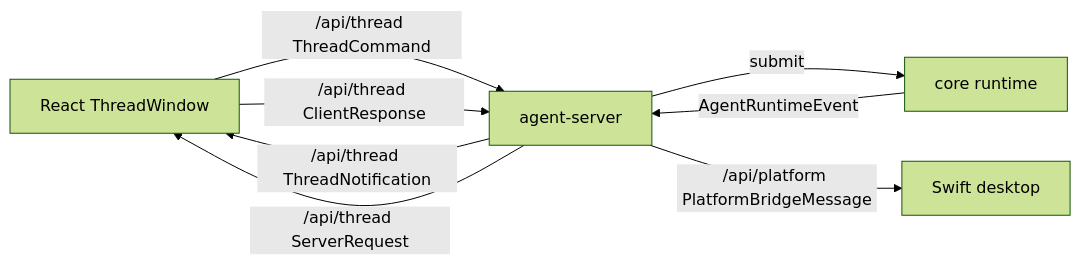
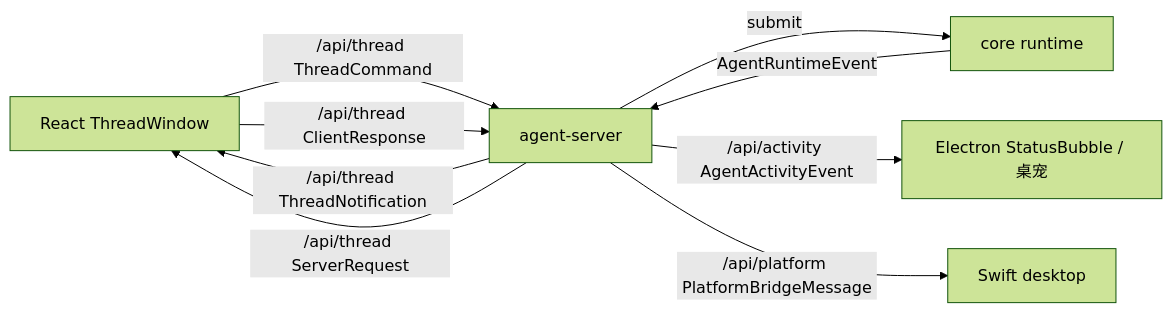
The diagram in packages/core/src/protocol/protocol.md (Lixuhang987/SpotAgent), drawn with Mermaid (forest theme) before and after one commit. The commit also changed other lines of this file and 3 other files, not shown here.

Commit message:
feat: add agent activity protocol

````diff
--- a/packages/core/src/protocol/protocol.md
+++ b/packages/core/src/protocol/protocol.md
@@ -22,10 +24,11 @@
 ```mermaid
 flowchart LR
   A[React ThreadWindow] -->|/api/thread ThreadCommand| B[agent-server]
   B -->|submit| C[core runtime]
   C -->|AgentRuntimeEvent| B
   B -->|/api/thread ThreadNotification| A
   B -->|/api/thread ServerRequest| A
   A -->|/api/thread ClientResponse| B
+  B -->|/api/activity AgentActivityEvent| E[Electron StatusBubble / 桌宠]
   B -->|/api/platform PlatformBridgeMessage| D[Swift desktop]
 ```
````
